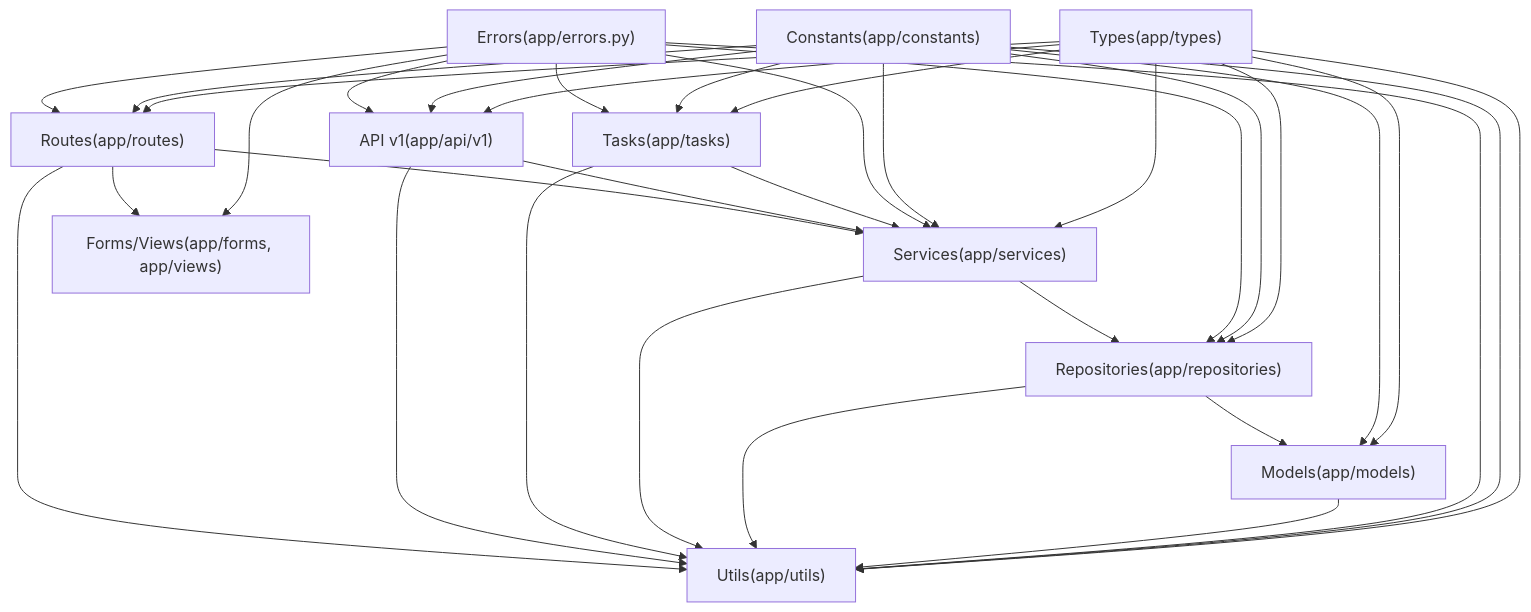
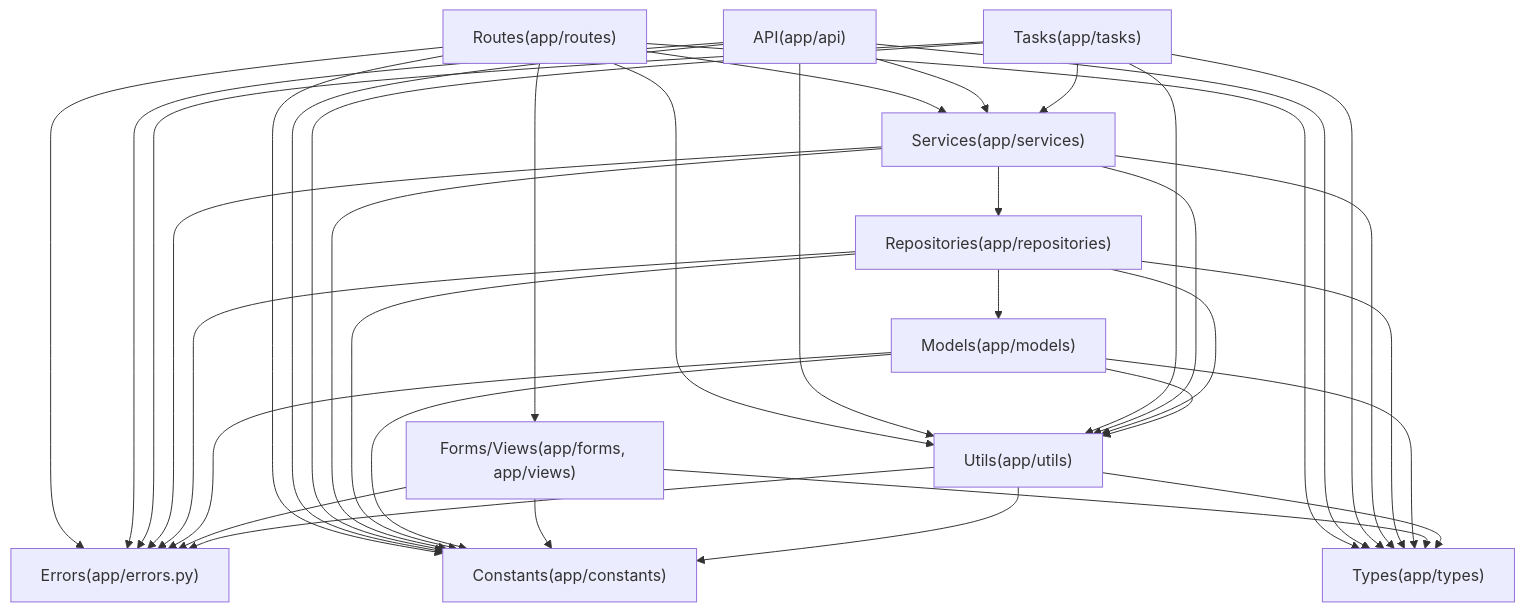
One commit to nyealovey/WhaleFall changed the diagram in docs/Obsidian/standards/backend/layer/README.md. Above: the diagram before and after it, drawn with Mermaid. The commit also changed other lines of this file and 26 other files, not shown here.

````diff
--- a/docs/Obsidian/standards/backend/layer/README.md
+++ b/docs/Obsidian/standards/backend/layer/README.md
@@ -25,24 +25,24 @@
 ```mermaid
 graph TD
   Routes["Routes(app/routes)"]
-  API["API v1(app/api/v1)"]
+  API["API(app/api)"]
   Tasks["Tasks(app/tasks)"]
   Services["Services(app/services)"]
   Repositories["Repositories(app/repositories)"]
   Models["Models(app/models)"]
   FormsViews["Forms/Views(app/forms, app/views)"]
   Utils["Utils(app/utils)"]
   Errors["Errors(app/errors.py)"]
   Constants["Constants(app/constants)"]
   Types["Types(app/types)"]
 
   Routes --> Services & FormsViews & Utils
   API --> Services & Utils
   Tasks --> Services & Utils
   Services --> Repositories & Utils
   Repositories --> Models & Utils
   Models --> Utils
-  Errors --> Routes & API & Tasks & Services & Repositories & FormsViews & Utils
-  Constants --> Routes & API & Tasks & Services & Repositories & Models & Utils
-  Types --> Routes & API & Tasks & Services & Repositories & Models & Utils
+  Routes & API & Tasks & Services & Repositories & Models & FormsViews & Utils --> Errors
+  Routes & API & Tasks & Services & Repositories & Models & FormsViews & Utils --> Constants
+  Routes & API & Tasks & Services & Repositories & Models & FormsViews & Utils --> Types
 ```
````
